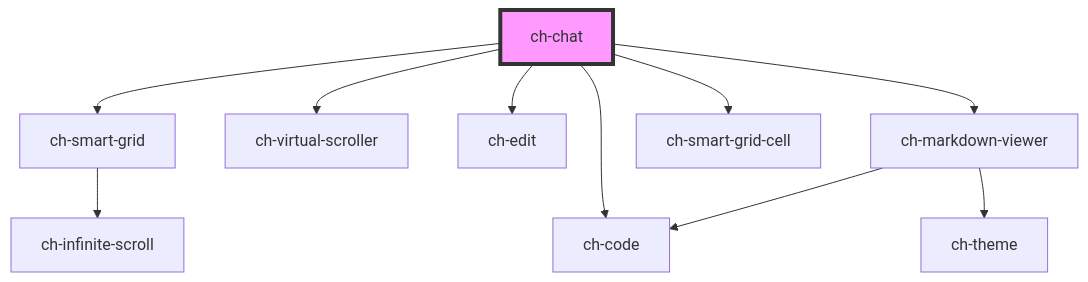
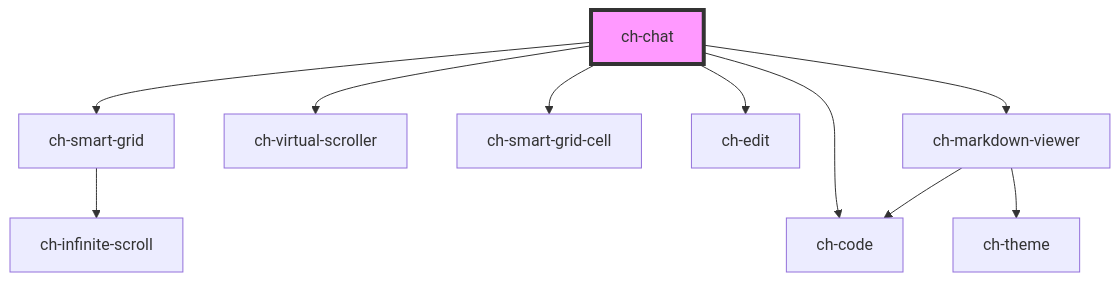
The diagram in src/components/chat/readme.md (genexuslabs/chameleon-controls-library), drawn with Mermaid before and after one commit. The commit also changed other lines of this file and 1 other file, not shown here.

````diff
--- a/src/components/chat/readme.md
+++ b/src/components/chat/readme.md
@@ -136,13 +137,13 @@
 ```mermaid
 graph TD;
   ch-chat --> ch-smart-grid
   ch-chat --> ch-virtual-scroller
+  ch-chat --> ch-smart-grid-cell
   ch-chat --> ch-edit
   ch-chat --> ch-code
   ch-chat --> ch-markdown-viewer
-  ch-chat --> ch-smart-grid-cell
   ch-smart-grid --> ch-infinite-scroll
   ch-markdown-viewer --> ch-theme
   ch-markdown-viewer --> ch-code
   style ch-chat fill:#f9f,stroke:#333,stroke-width:4px
 ```
````
